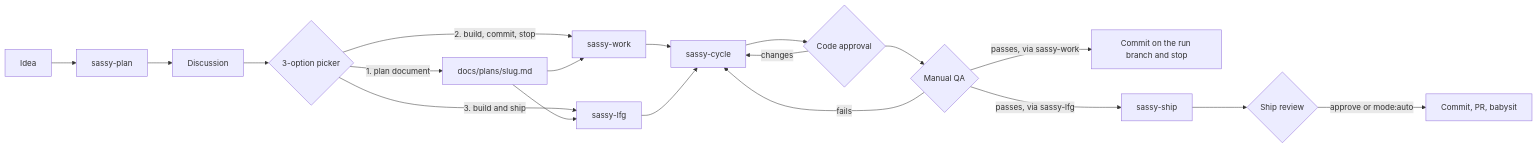
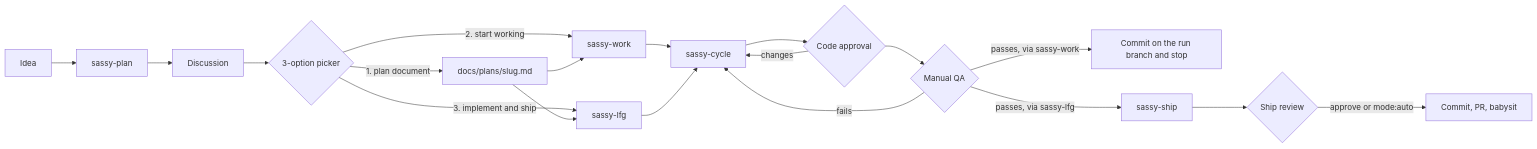
The first of 2 diagrams in README.md (sassywares/sassy-skills), drawn with Mermaid before and after one commit. The commit also changed other lines of this file and 3 other files, not shown here.

````diff
--- a/README.md
+++ b/README.md
@@ -194,21 +194,21 @@
 ```mermaid
 flowchart LR
   A[Idea] --> B[sassy-plan]
   B --> C[Discussion]
   C --> D{3-option picker}
   D -->|1. plan document| E[docs/plans/slug.md]
-  D -->|2. build, commit, stop| F[sassy-work]
-  D -->|3. build and ship| G[sassy-lfg]
+  D -->|2. start working| F[sassy-work]
+  D -->|3. implement and ship| G[sassy-lfg]
   E --> F
   E --> G
   F --> H[sassy-cycle]
   G --> H
   H --> I{Code approval}
   I -->|changes| H
   I --> Q{Manual QA}
   Q -->|fails| H
   Q -->|passes, via sassy-work| J[Commit on the run branch and stop]
   Q -->|passes, via sassy-lfg| K[sassy-ship]
   K --> L{Ship review}
   L -->|approve or mode:auto| M[Commit, PR, babysit]
 ```
````
